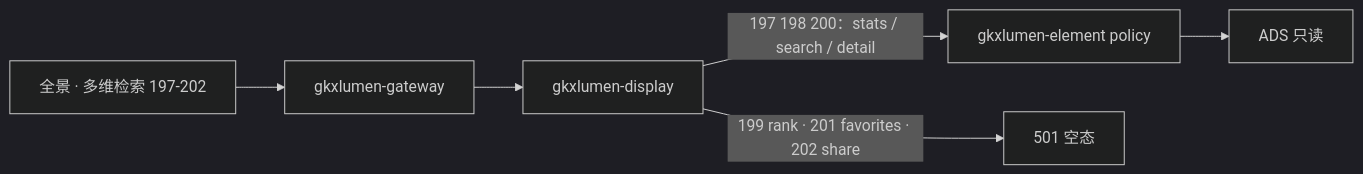
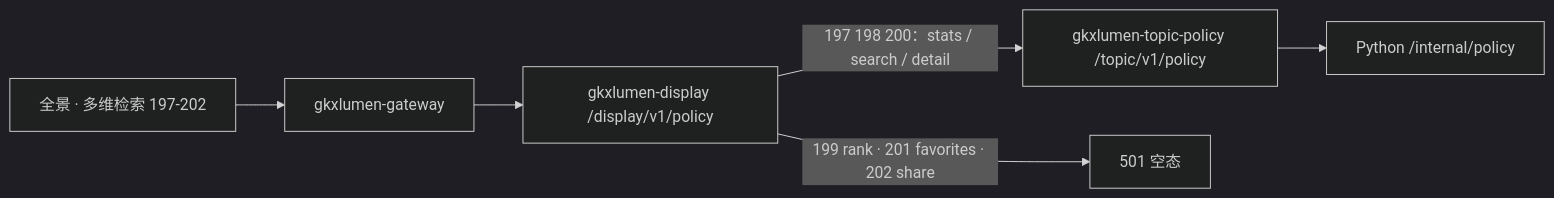
The diagram in agent-delivery/agent-handoffs/科技政策跟踪-POL/sdd/l2/POL-L2-DS10-QRY-ARCH.md (Marisolebxf/-), drawn with Mermaid (dark theme) before and after one commit. The commit also changed other lines of this file and 4 other files, not shown here.

First line of the commit message:
docs(policy): 签收多维检索查询架构 [agent:architect-agent]

````diff
--- a/agent-delivery/agent-handoffs/科技政策跟踪-POL/sdd/l2/POL-L2-DS10-QRY-ARCH.md
+++ b/agent-delivery/agent-handoffs/科技政策跟踪-POL/sdd/l2/POL-L2-DS10-QRY-ARCH.md
@@ -42,12 +55,12 @@
 ```mermaid
 flowchart LR
   fe["全景 · 多维检索 197-202"]
   gw["gkxlumen-gateway"]
-  bff["gkxlumen-display"]
-  el["gkxlumen-element policy"]
-  ads["ADS 只读"]
+  bff["gkxlumen-display /display/v1/policy"]
+  tp["gkxlumen-topic-policy /topic/v1/policy"]
+  py["Python /internal/policy"]
   empty["501 空态"]
   fe --> gw --> bff
-  bff -->|"197 198 200：stats / search / detail"| el --> ads
+  bff -->|"197 198 200：stats / search / detail"| tp --> py
   bff -->|"199 rank · 201 favorites · 202 share"| empty
 ```
````
